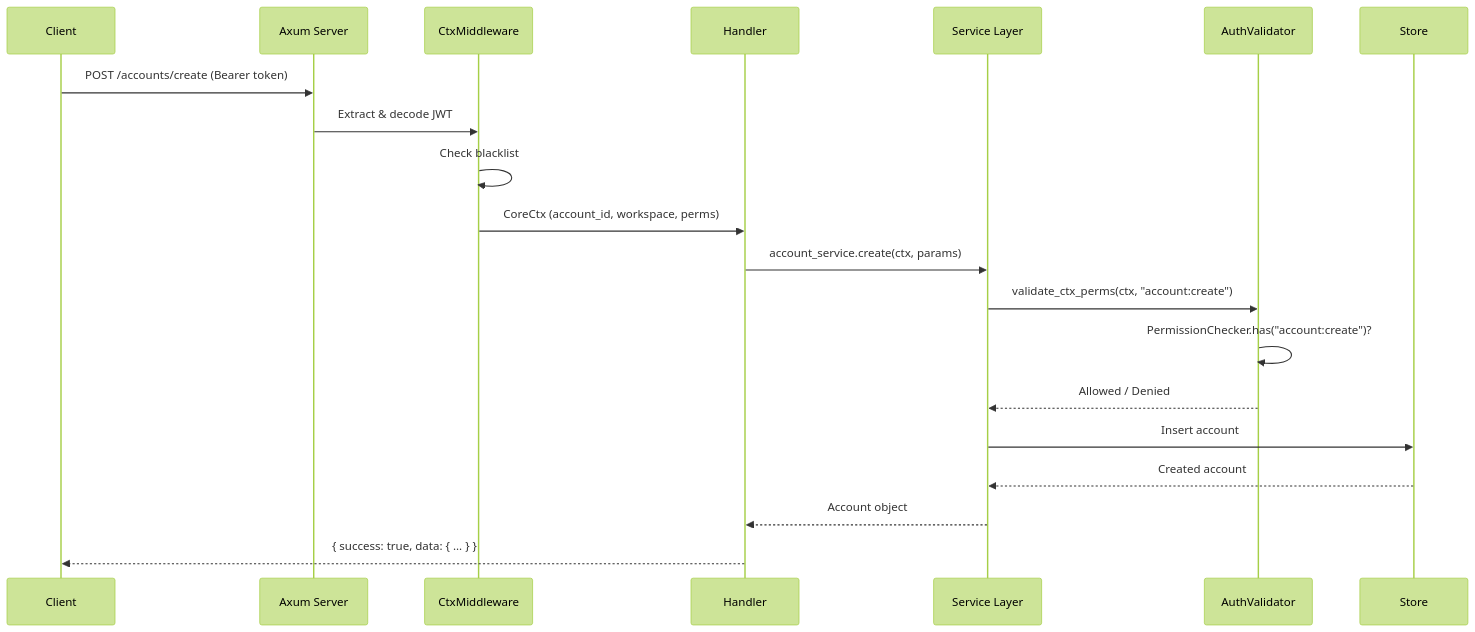
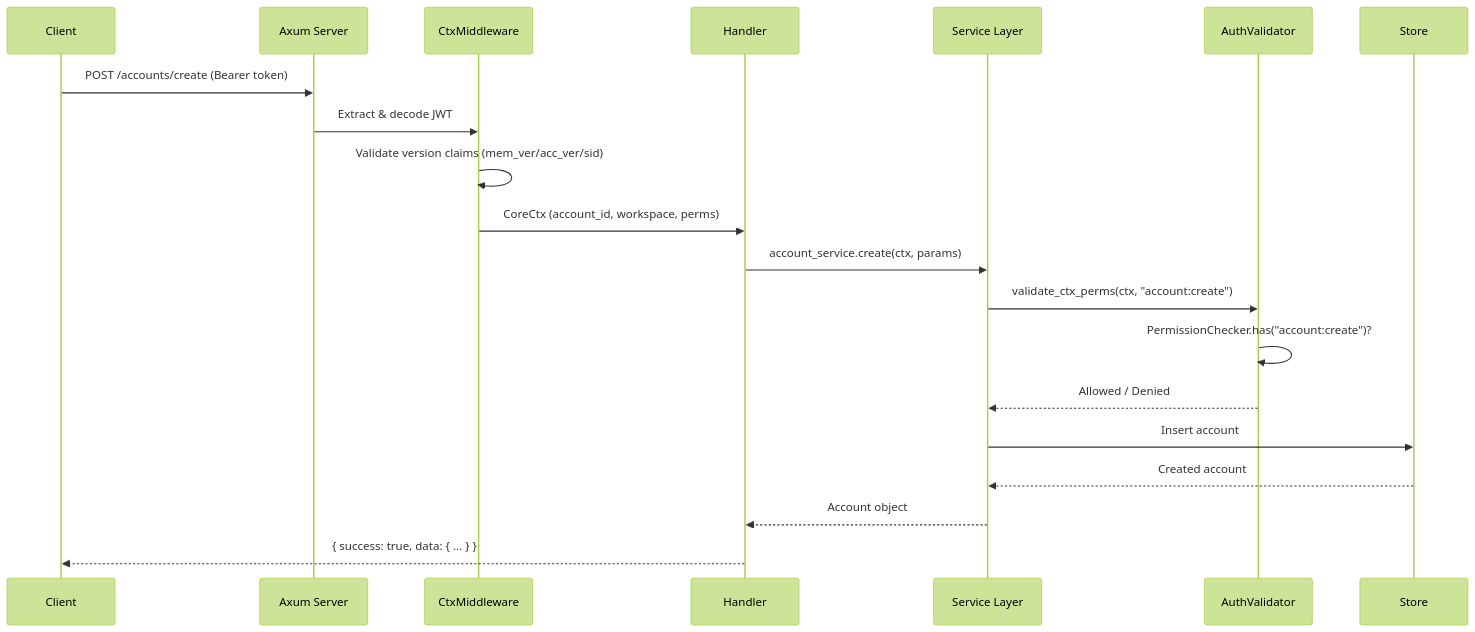
Before and after one commit to subaquatic-pierre/oxideauth-docs: the diagram in docs/authentication.md, drawn with Mermaid (forest theme). The commit also changed other lines of this file and 17644 other files, not shown here.

````diff
--- a/docs/authentication.md
+++ b/docs/authentication.md
@@ -64,23 +67,23 @@
 ```mermaid
 sequenceDiagram
     participant Client
     participant Axum as Axum Server
     participant CtxMW as CtxMiddleware
     participant Handler
     participant Svc as Service Layer
     participant AuthV as AuthValidator
     participant Store
 
     Client->>Axum: POST /accounts/create (Bearer token)
     Axum->>CtxMW: Extract & decode JWT
-    CtxMW->>CtxMW: Check blacklist
+    CtxMW->>CtxMW: Validate version claims (mem_ver/acc_ver/sid)
     CtxMW->>Handler: CoreCtx (account_id, workspace, perms)
     Handler->>Svc: account_service.create(ctx, params)
     Svc->>AuthV: validate_ctx_perms(ctx, "account:create")
     AuthV->>AuthV: PermissionChecker.has("account:create")?
     AuthV-->>Svc: Allowed / Denied
     Svc->>Store: Insert account
     Store-->>Svc: Created account
     Svc-->>Handler: Account object
     Handler-->>Client: { success: true, data: { ... } }
 ```
````
